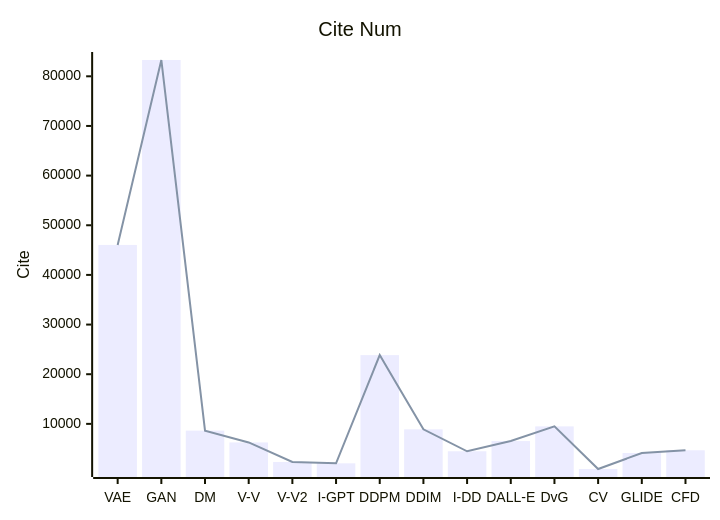
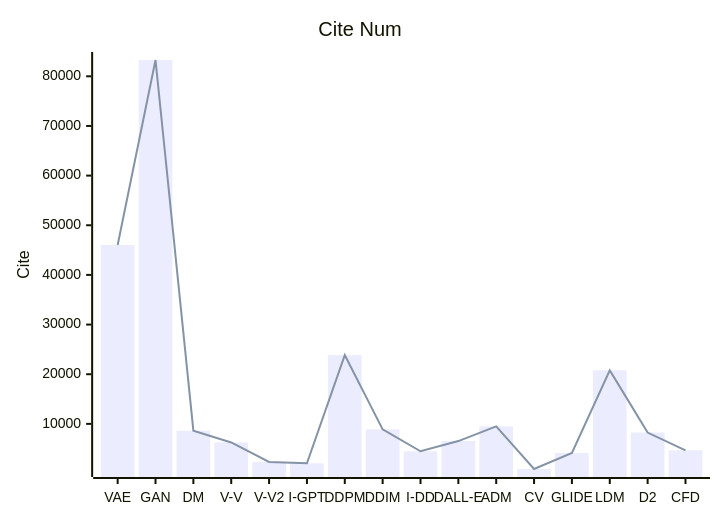
One commit to Elephant-King9/Paper changed the fifth of 5 diagrams in Base_Model/GAN+VAE+Diffusion/analyse.md. Above: the diagram before and after it, drawn with Mermaid. The commit also changed other lines of this file and 6 other files, not shown here.

````diff
--- a/Base_Model/GAN+VAE+Diffusion/analyse.md
+++ b/Base_Model/GAN+VAE+Diffusion/analyse.md
@@ -142,8 +147,8 @@
 ```mermaid
     xychart-beta
     title "Cite Num"
-    x-axis [VAE,GAN,DM,V-V,V-V2,I-GPT,DDPM,DDIM,I-DD,DALL-E,DvG, CV,GLIDE,CFD]
+    x-axis [VAE,GAN,DM,V-V,V-V2,I-GPT,DDPM,DDIM,I-DD,DALL-E,ADM, CV,GLIDE,LDM,D2,CFD]
     y-axis "Cite" 
-    bar [46034, 83283, 8634,6258, 2329, 2050, 23847, 8896,4481,6536, 9492, 911,4128,4679]
-    line [46034, 83283, 8634,6258, 2329, 2050, 23847, 8896,4481,6536, 9492, 911,4128,4679]
+    bar [46034, 83283, 8634,6258, 2329, 2050, 23847, 8896,4481,6536, 9492, 911,4128,20780, 8252,4679]
+    line [46034, 83283, 8634,6258, 2329, 2050, 23847, 8896,4481,6536, 9492, 911,4128,20780, 8252,4679]
 ```
````
